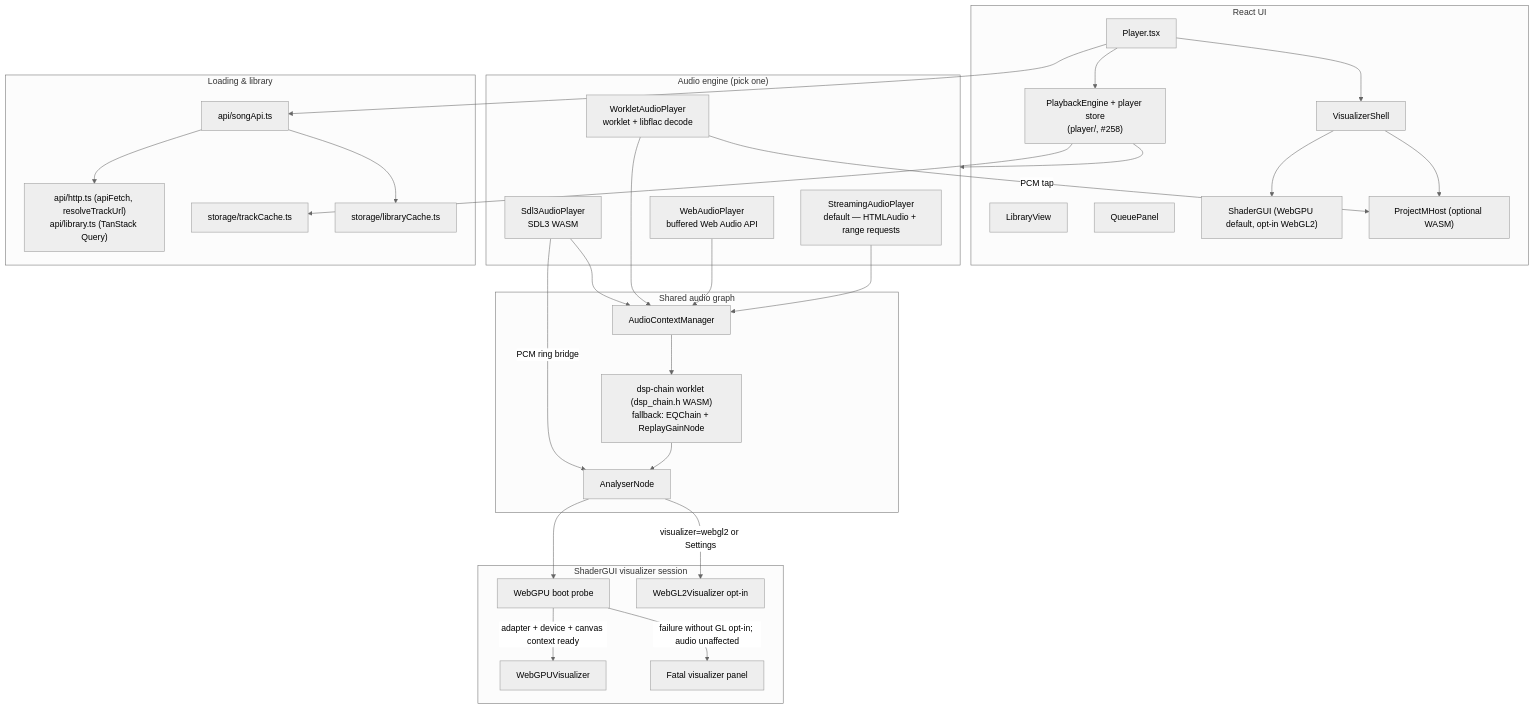
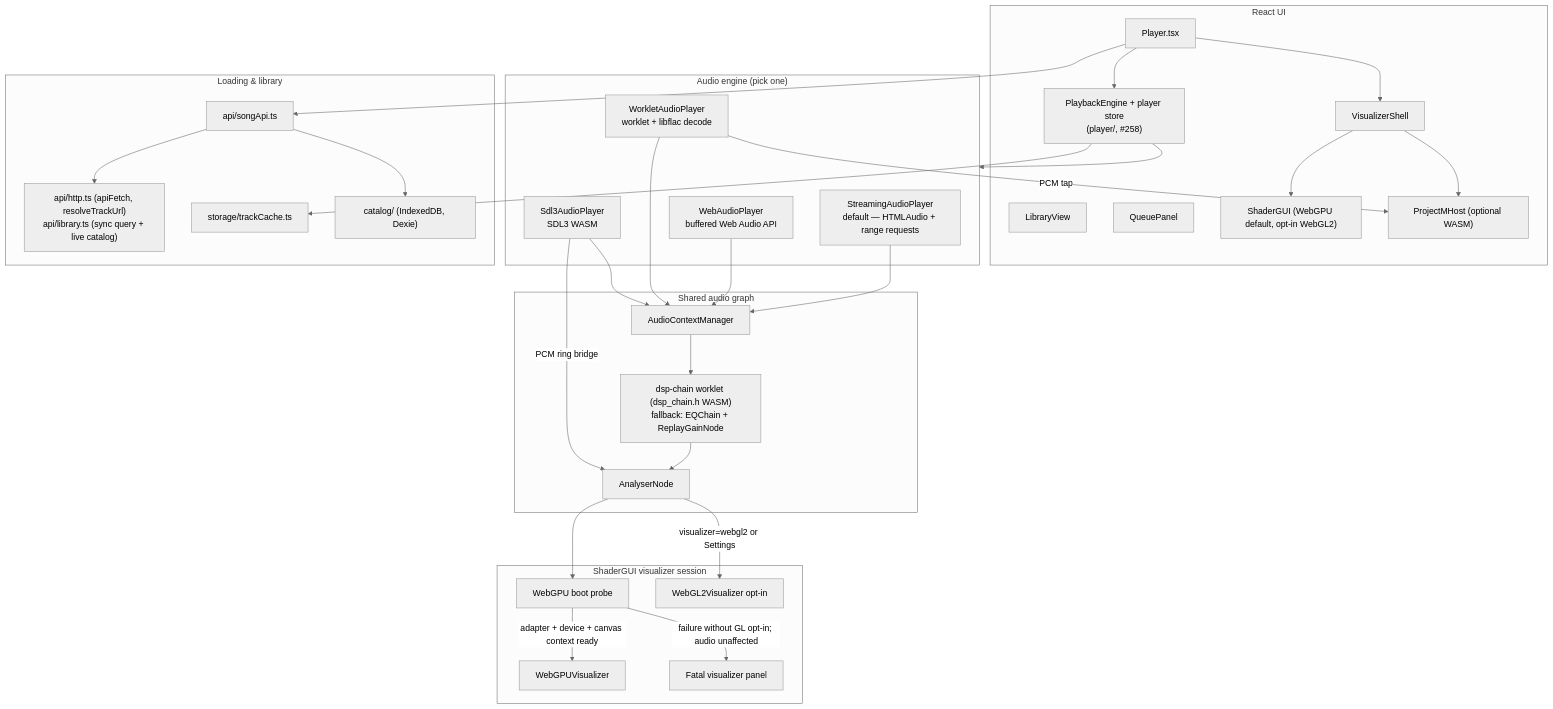
The diagram in docs/ARCHITECTURE.md (ford442/flac_player), drawn with Mermaid (neutral theme) before and after one commit. The commit also changed other lines of this file and 38 other files, not shown here.

````diff
--- a/docs/ARCHITECTURE.md
+++ b/docs/ARCHITECTURE.md
@@ -9,61 +9,61 @@
 ```mermaid
 flowchart TB
   subgraph UI["React UI"]
     Player["Player.tsx"]
     Engine["PlaybackEngine + player store<br/>(player/, #258)"]
     Library["LibraryView"]
     Queue["QueuePanel"]
     Shell["VisualizerShell"]
     ShaderGUI["ShaderGUI (WebGPU default, opt-in WebGL2)"]
     ProjectM["ProjectMHost (optional WASM)"]
   end
 
   subgraph Audio["Audio engine (pick one)"]
     Streaming["StreamingAudioPlayer<br/>default — HTMLAudio + range requests"]
     WebAudio["WebAudioPlayer<br/>buffered Web Audio API"]
     Worklet["WorkletAudioPlayer<br/>worklet + libflac decode"]
     SDL3["Sdl3AudioPlayer<br/>SDL3 WASM"]
   end
 
   subgraph Load["Loading & library"]
-    Http["api/http.ts (apiFetch, resolveTrackUrl)<br/>api/library.ts (TanStack Query)"]
+    Http["api/http.ts (apiFetch, resolveTrackUrl)<br/>api/library.ts (sync query + live catalog)"]
     SongApi["api/songApi.ts"]
     TrackCache["storage/trackCache.ts"]
-    LibCache["storage/libraryCache.ts"]
+    LibCache["catalog/ (IndexedDB, Dexie)"]
   end
 
   subgraph FX["Shared audio graph"]
     ACM["AudioContextManager"]
     EQ["dsp-chain worklet (dsp_chain.h WASM)<br/>fallback: EQChain + ReplayGainNode"]
     Analyser["AnalyserNode"]
   end
 
   subgraph Viz["ShaderGUI visualizer session"]
     Probe["WebGPU boot probe"]
     WebGPU["WebGPUVisualizer"]
     WebGL2["WebGL2Visualizer opt-in"]
     Fatal["Fatal visualizer panel"]
   end
 
   Player --> Engine
   Engine --> Audio
   Player --> Shell
   Shell --> ShaderGUI
   Shell --> ProjectM
   Player --> SongApi
   SongApi --> Http
   Engine --> TrackCache
   SongApi --> LibCache
 
   Streaming --> ACM
   WebAudio --> ACM
   Worklet --> ACM
   SDL3 --> ACM
   ACM --> EQ --> Analyser
   Analyser --> Probe
   Probe -->|adapter + device + canvas context ready| WebGPU
   Probe -->|failure without GL opt-in; audio unaffected| Fatal
   Analyser -->|visualizer=webgl2 or Settings| WebGL2
   Worklet -->|PCM tap| ProjectM
   SDL3 -->|PCM ring bridge| Analyser
 ```
````
